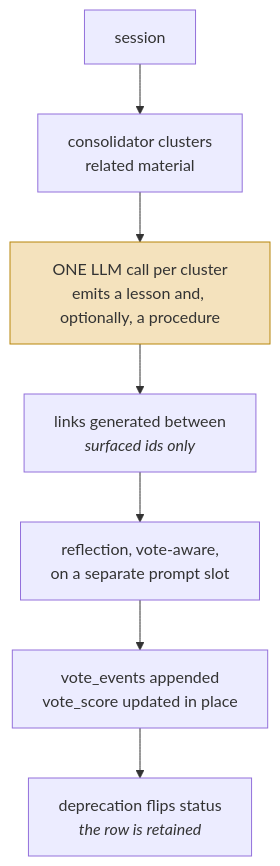
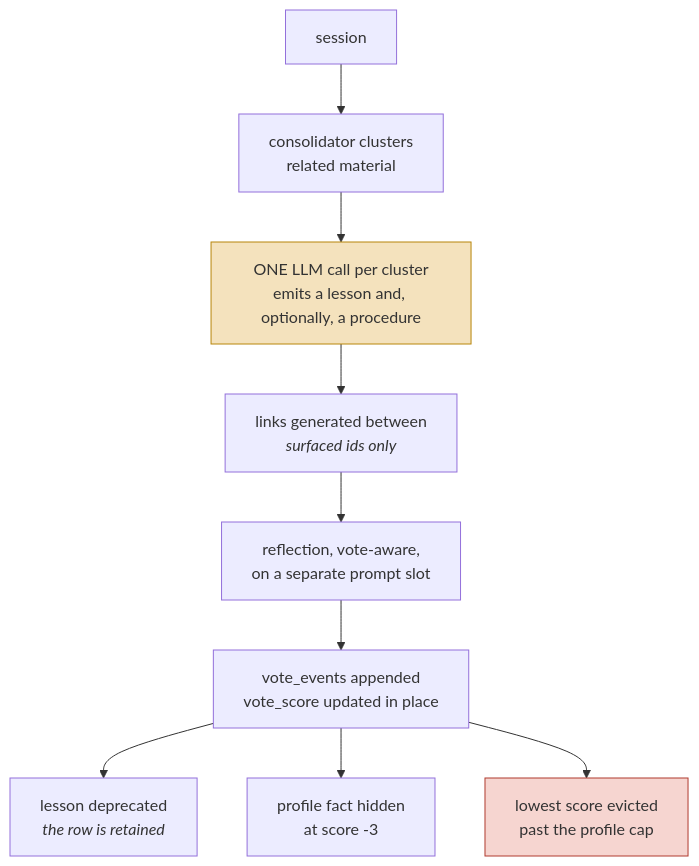
Before and after one commit to neoneye/agent-memory-atlas: the first of 2 diagrams in content/systems/atomic-agent.md, drawn with Mermaid. The commit also changed other lines of this file and 26 other files, not shown here.

````diff
--- a/content/systems/atomic-agent.md
+++ b/content/systems/atomic-agent.md
@@ -117,12 +118,15 @@
 ```mermaid
-%% caption: one LLM call per cluster emits the lesson and the optional procedure together, links are restricted to ids already surfaced, and deprecation flips a status while retaining the row
+%% caption: one LLM call per cluster emits the lesson and the optional procedure together, links are restricted to ids already surfaced, and model votes feed a score that deprecates, hides and evicts
 flowchart TB
     S["session"] --> CL["consolidator clusters<br/>related material"]
     CL --> ONE["ONE LLM call per cluster<br/>emits a lesson and, optionally, a procedure"]
     ONE --> LK["links generated between<br/><i>surfaced ids only</i>"]
     LK --> RF["reflection, vote-aware,<br/>on a separate prompt slot"]
     RF --> VE["vote_events appended<br/>vote_score updated in place"]
-    VE --> DEP["deprecation flips status<br/><i>the row is retained</i>"]
+    VE --> DEP["lesson deprecated<br/><i>the row is retained</i>"]
+    VE --> HIDE["profile fact hidden<br/>at score -3"]
+    VE --> EV["lowest score evicted<br/>past the profile cap"]
 
     style ONE fill:#f4e2bd,stroke:#b8860b
+    style EV fill:#f6d5d0,stroke:#b03a2e
 ```
````
